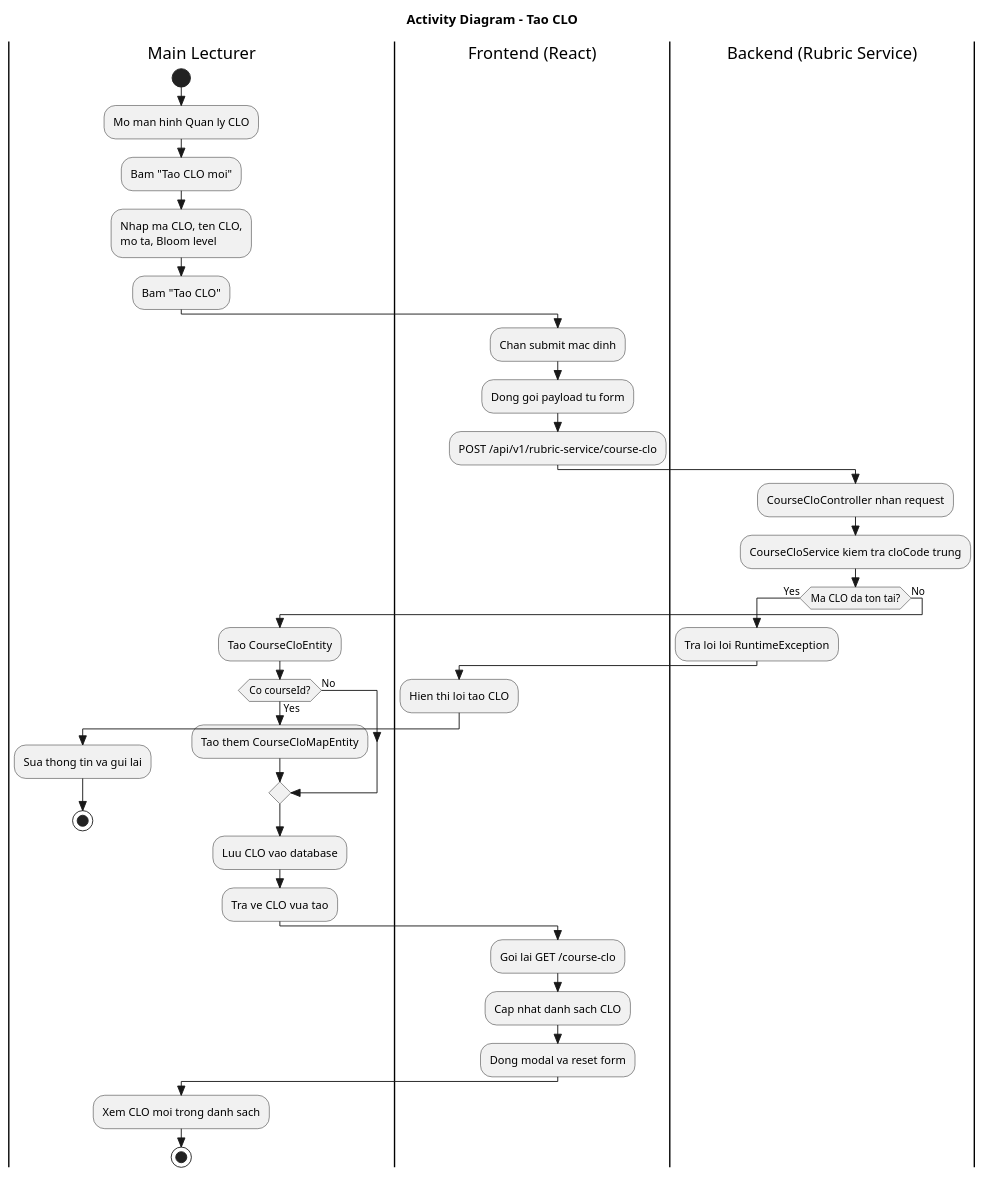
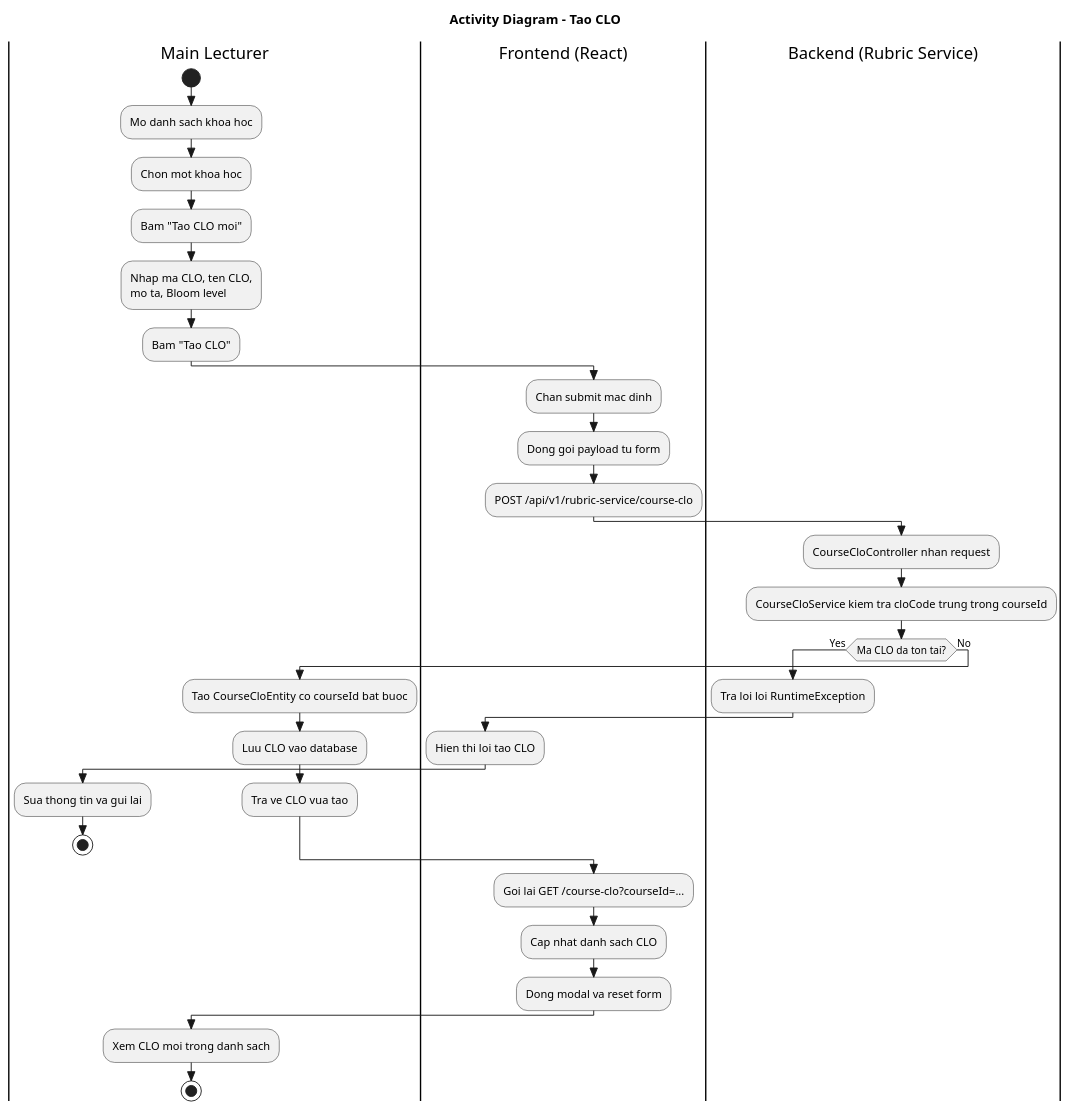
The diagram in rubric-service/rubric-service/src/main/java/hcmuaf/edu/vn/fit/rubric_service/plantuml/activityDiagram/CreateCLO.puml (thanhthanh123vn/Rubric_Thanh_Duc_2025_2026), drawn with PlantUML before and after one commit. The commit also changed 40 other files, not shown here.

```diff
--- a/rubric-service/rubric-service/src/main/java/hcmuaf/edu/vn/fit/rubric_service/plantuml/activityDiagram/CreateCLO.puml
+++ b/rubric-service/rubric-service/src/main/java/hcmuaf/edu/vn/fit/rubric_service/plantuml/activityDiagram/CreateCLO.puml
@@ -1,46 +1,43 @@
 @startuml
 skinparam style strictuml
 title Activity Diagram - Tao CLO
 
 |Main Lecturer|
 start
-:Mo man hinh Quan ly CLO;
+:Mo danh sach khoa hoc;
+:Chon mot khoa hoc;
 :Bam "Tao CLO moi";
 :Nhap ma CLO, ten CLO,\nmo ta, Bloom level;
 :Bam "Tao CLO";
 
 |Frontend (React)|
 :Chan submit mac dinh;
 :Dong goi payload tu form;
 :POST /api/v1/rubric-service/course-clo;
 
 |Backend (Rubric Service)|
 :CourseCloController nhan request;
-:CourseCloService kiem tra cloCode trung;
+:CourseCloService kiem tra cloCode trung trong courseId;
 
 if (Ma CLO da ton tai?) then (Yes)
   :Tra loi loi RuntimeException;
   |Frontend (React)|
   :Hien thi loi tao CLO;
   |Main Lecturer|
   :Sua thong tin va gui lai;
   stop
 else (No)
-  :Tao CourseCloEntity;
-  if (Co courseId?) then (Yes)
-    :Tao them CourseCloMapEntity;
-  else (No)
-  endif
+  :Tao CourseCloEntity co courseId bat buoc;
   :Luu CLO vao database;
   :Tra ve CLO vua tao;
 endif
 
 |Frontend (React)|
-:Goi lai GET /course-clo;
+:Goi lai GET /course-clo?courseId=...;
 :Cap nhat danh sach CLO;
 :Dong modal va reset form;
 
 |Main Lecturer|
 :Xem CLO moi trong danh sach;
 stop
 @enduml
```
